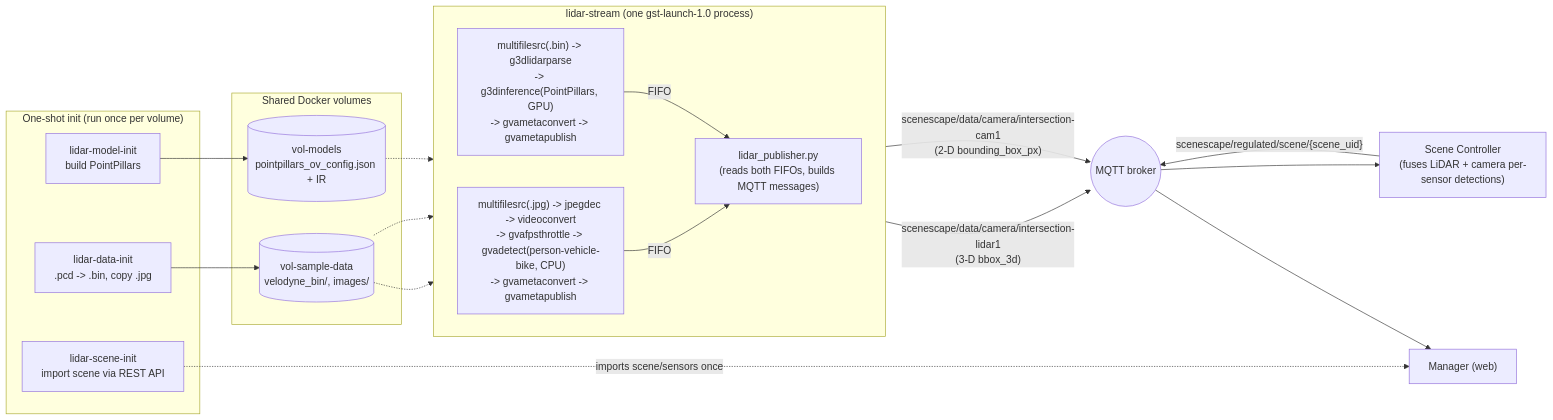
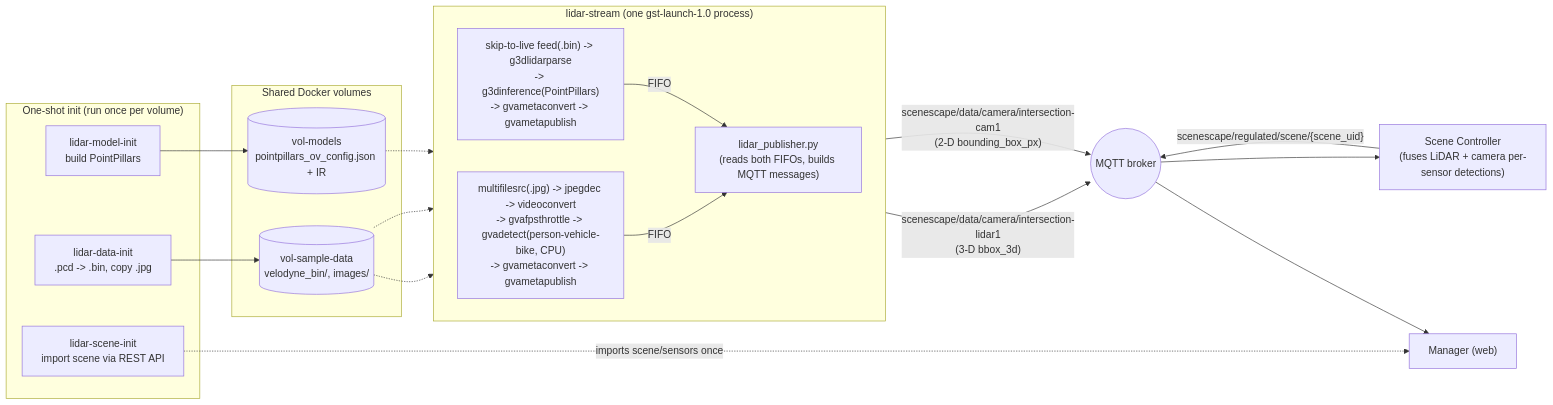
The diagram in docs/user-guide/how-to-guides/run-lidar-intersection-demo.md (open-edge-platform/scenescape), drawn with Mermaid before and after one commit. The commit also changed other lines of this file and 5 other files, not shown here.

First line of the commit message:
Replace LiDAR demo pace-gate with skip-to-live as a live-sensor proxy.

````diff
--- a/docs/user-guide/how-to-guides/run-lidar-intersection-demo.md
+++ b/docs/user-guide/how-to-guides/run-lidar-intersection-demo.md
@@ -55,33 +58,33 @@
 ```mermaid
 flowchart LR
     subgraph init["One-shot init (run once per volume)"]
         DataInit["lidar-data-init\n.pcd -> .bin, copy .jpg"]
         ModelInit["lidar-model-init\nbuild PointPillars"]
         SceneInit["lidar-scene-init\nimport scene via REST API"]
     end
     subgraph vols["Shared Docker volumes"]
         SampleVol[("vol-sample-data\nvelodyne_bin/, images/")]
         ModelVol[("vol-models\npointpillars_ov_config.json + IR")]
     end
     DataInit --> SampleVol
     ModelInit --> ModelVol
 
     subgraph stream["lidar-stream (one gst-launch-1.0 process)"]
         direction LR
-        LidarBranch["multifilesrc(.bin) -> g3dlidarparse\n-> g3dinference(PointPillars, GPU)\n-> gvametaconvert -> gvametapublish"]
+        LidarBranch["skip-to-live feed(.bin) -> g3dlidarparse\n-> g3dinference(PointPillars)\n-> gvametaconvert -> gvametapublish"]
         CamBranch["multifilesrc(.jpg) -> jpegdec -> videoconvert\n-> gvafpsthrottle -> gvadetect(person-vehicle-bike, CPU)\n-> gvametaconvert -> gvametapublish"]
         Pub["lidar_publisher.py\n(reads both FIFOs, builds MQTT messages)"]
         LidarBranch -->|FIFO| Pub
         CamBranch -->|FIFO| Pub
     end
     SampleVol -.-> LidarBranch
     SampleVol -.-> CamBranch
     ModelVol -.-> LidarBranch
 
     Pub -->|"scenescape/data/camera/intersection-lidar1\n(3-D bbox_3d)"| MQTT((MQTT broker))
     Pub -->|"scenescape/data/camera/intersection-cam1\n(2-D bounding_box_px)"| MQTT
     SceneInit -.->|imports scene/sensors once| Manager["Manager (web)"]
     MQTT --> Controller["Scene Controller\n(fuses LiDAR + camera per-sensor detections)"]
     Controller -->|"scenescape/regulated/scene/{scene_uid}"| MQTT
     MQTT --> Manager
 ```
````
